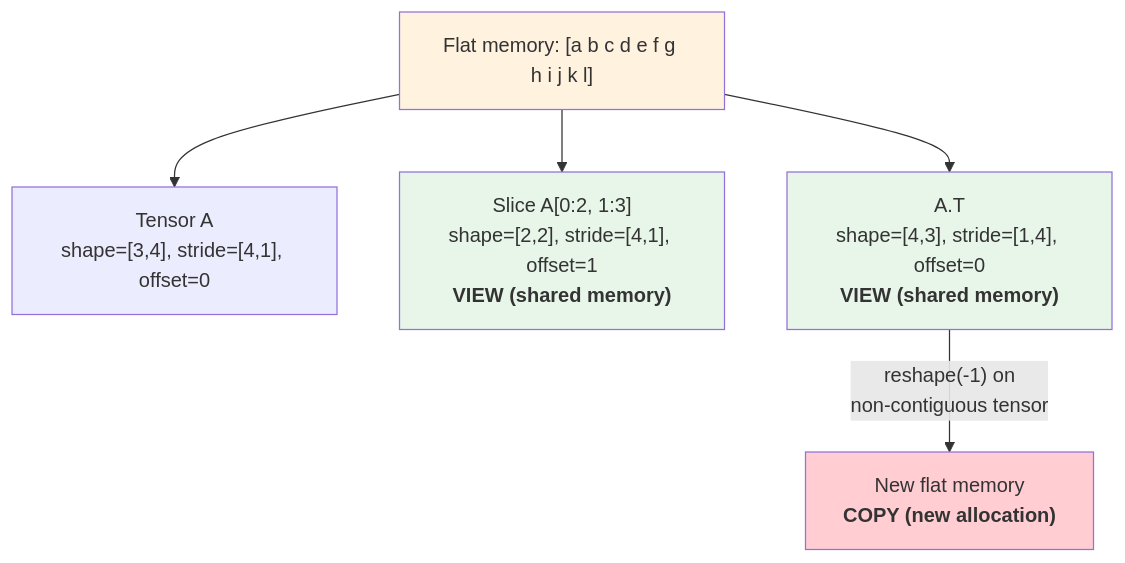
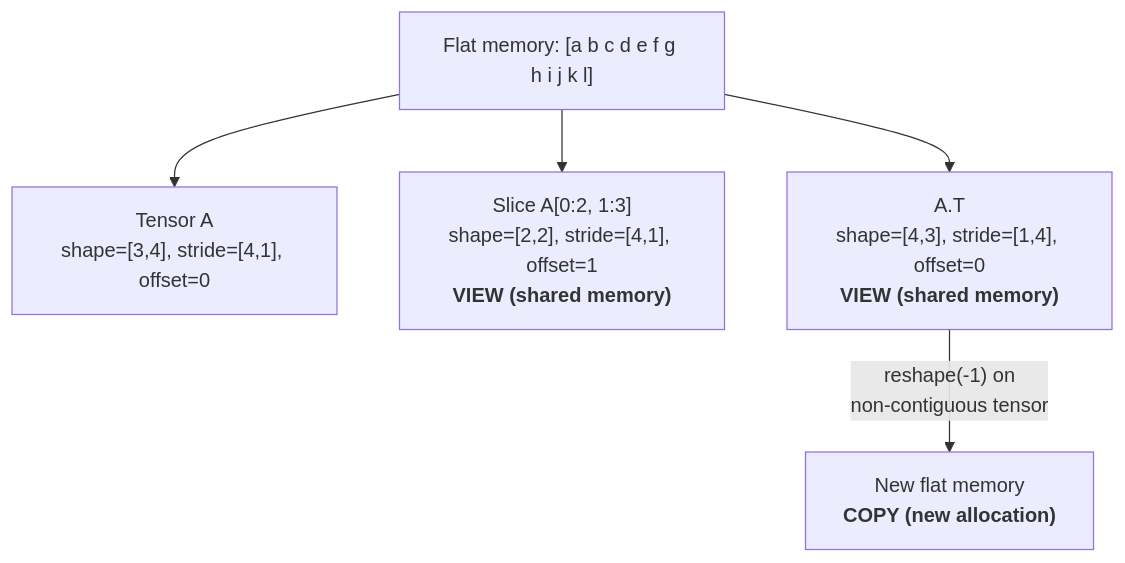
Before and after one commit to ImadDabbura/imaddabbura.github.io: the fourth of 7 diagrams in posts/mlsys/dl-systems.qmd, drawn with Mermaid. The commit also changed other lines of this file and 19 other files, not shown here.

````diff
--- a/posts/mlsys/dl-systems.qmd
+++ b/posts/mlsys/dl-systems.qmd
@@ -197,14 +175,10 @@
 ```{mermaid}
 %%| fig-cap: "View operations share memory; some operations force a copy when data is non-contiguous"
 flowchart TD
     flat["Flat memory: [a b c d e f g h i j k l]"] --> orig["Tensor A<br/>shape=[3,4], stride=[4,1], offset=0"]
     flat --> slice["Slice A[0:2, 1:3]<br/>shape=[2,2], stride=[4,1], offset=1<br/><b>VIEW (shared memory)</b>"]
     flat --> trans["A.T<br/>shape=[4,3], stride=[1,4], offset=0<br/><b>VIEW (shared memory)</b>"]
 
     trans --> |"reshape(-1) on<br/>non-contiguous tensor"| copy["New flat memory<br/><b>COPY (new allocation)</b>"]
 
-    style flat fill:#fff3e0
-    style slice fill:#e8f5e9
-    style trans fill:#e8f5e9
-    style copy fill:#ffcdd2
 ```
````
